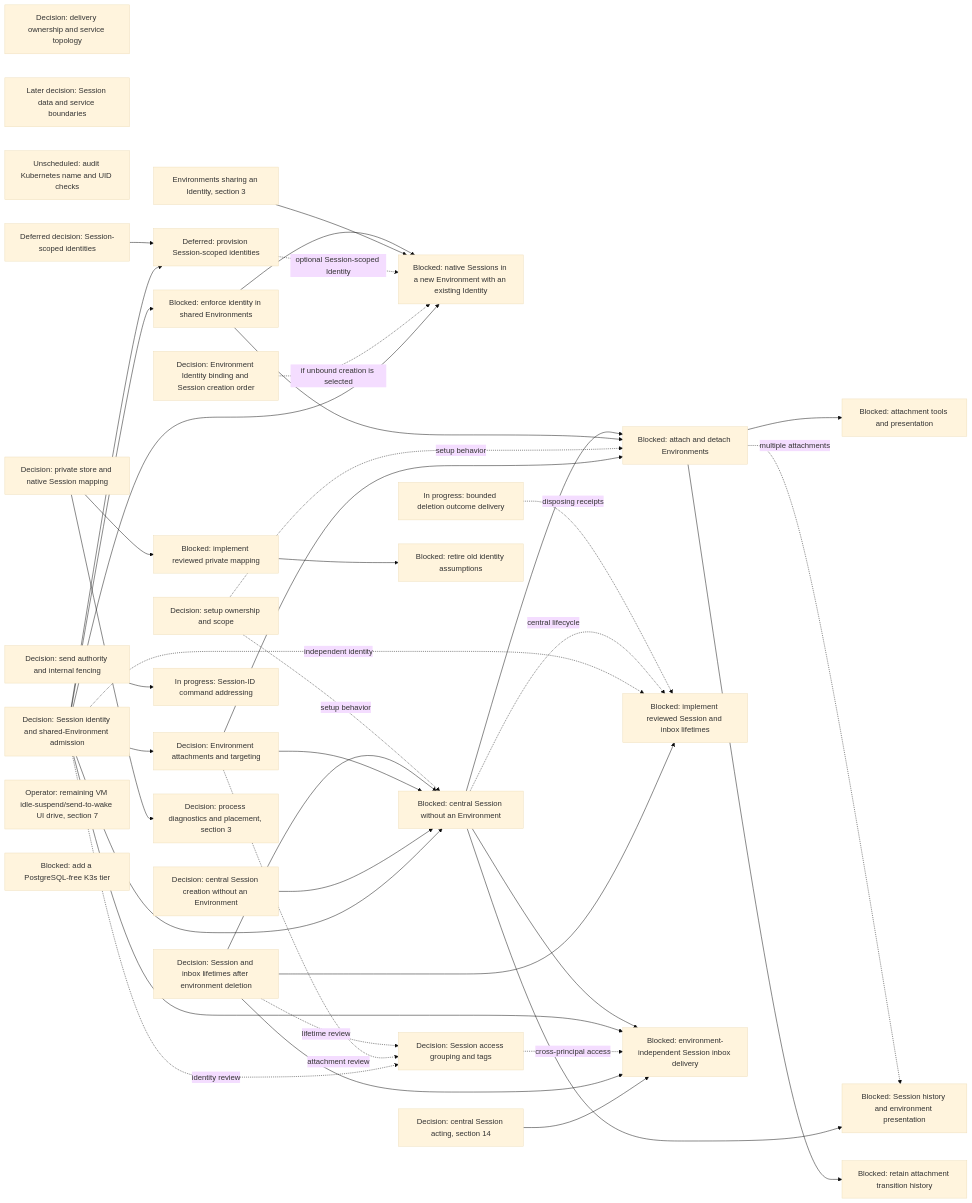
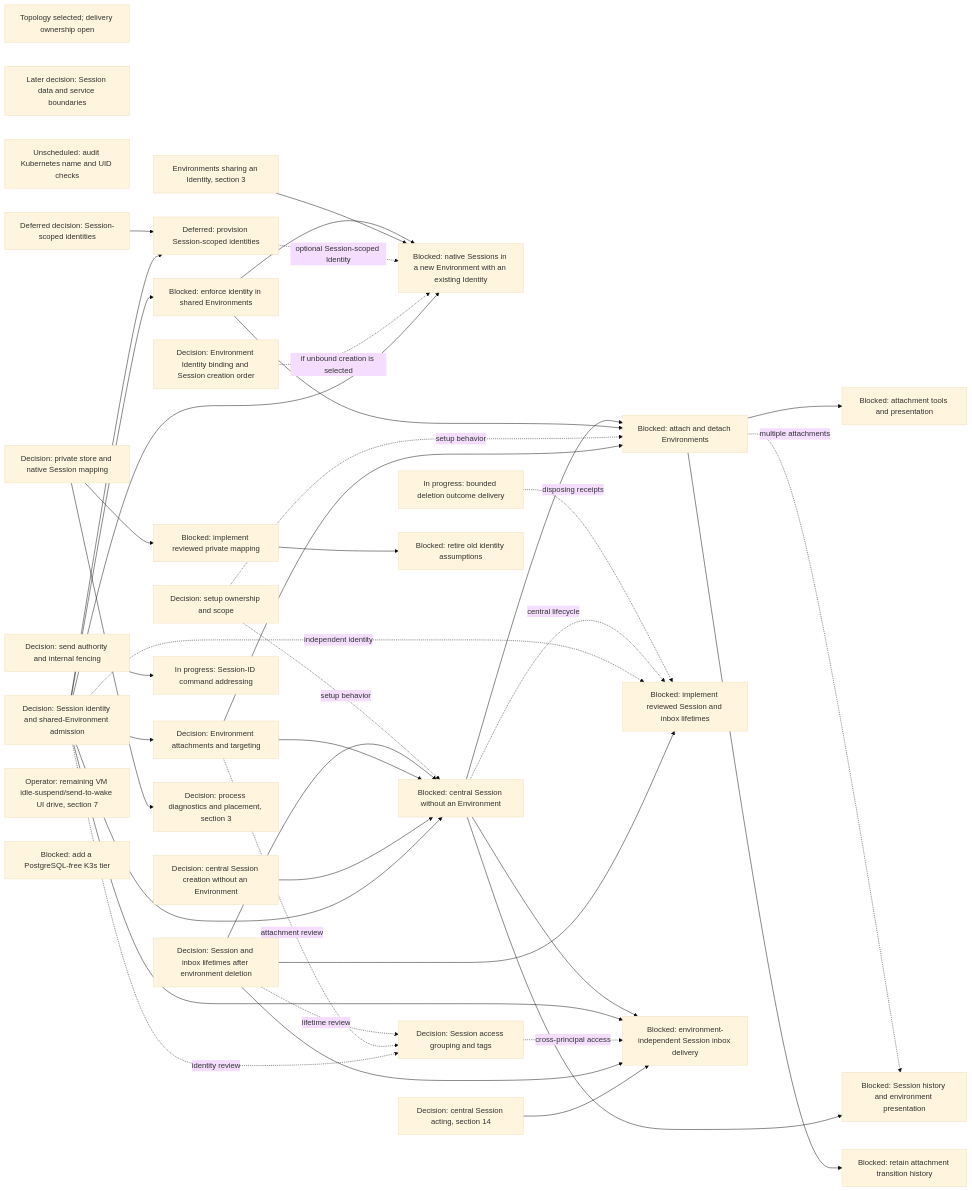
Diagram 16 of 21 in agentplane/plans/task_dag.md (agentydragon/ducktape), drawn with Mermaid (base theme) before and after one commit. The commit also changed other lines of this file and 1 other file, not shown here.

````diff
--- a/agentplane/plans/task_dag.md
+++ b/agentplane/plans/task_dag.md
@@ -2373,72 +2512,72 @@
 ```mermaid
 flowchart LR
-    DISPATCHER_PERSISTENCE_MODEL_DESIGN[Decision: delivery ownership and service topology]
+    DISPATCHER_PERSISTENCE_MODEL_DESIGN[Topology selected; delivery ownership open]
     SESSION_DATA_OWNERSHIP_DESIGN[Later decision: Session data and service boundaries]
     KUBERNETES_UID_CHECK_AUDIT[Unscheduled: audit Kubernetes name and UID checks]
     SESSION_IDENTITY_CONTRACT[Decision: Session identity and shared-Environment admission]
     ENVIRONMENT_IDENTITY_BINDING_DESIGN[Decision: Environment Identity binding and Session creation order]
     SESSION_IDENTITY_PROVISIONING_DESIGN[Deferred decision: Session-scoped identities]
     SESSION_MANAGED_IDENTITY[Deferred: provision Session-scoped identities]
     SESSION_NATIVE_IDENTITY_WORKFLOW[Blocked: native Sessions in a new Environment with an existing Identity]
     ENVIRONMENT_SHARED_IDENTITY[Environments sharing an Identity, section 3]
     SESSION_ACCESS_GROUPING_DESIGN[Decision: Session access grouping and tags]
     CENTRAL_SESSION_CREATION_CONTRACT[Decision: central Session creation without an Environment]
     SESSION_ATTACHMENT_CONTRACT[Decision: Environment attachments and targeting]
     SESSION_ENVIRONMENT_SETUP_DESIGN[Decision: setup ownership and scope]
     SESSION_IDENTITY_ENFORCEMENT[Blocked: enforce identity in shared Environments]
     CENTRAL_SESSION_WITHOUT_ENVIRONMENT[Blocked: central Session without an Environment]
     SESSION_ENV_ATTACHMENTS[Blocked: attach and detach Environments]
     SESSION_ATTACHMENT_SURFACES[Blocked: attachment tools and presentation]
     SESSION_ATTACHMENT_HISTORY[Blocked: retain attachment transition history]
     SESSION_LIFETIME_IMPLEMENTATION[Blocked: implement reviewed Session and inbox lifetimes]
     CENTRAL_SESSION_NOTIFICATIONS[Blocked: environment-independent Session inbox delivery]
     DELIVERY_DESTINATION_AUTHORITY_DESIGN[Decision: send authority and internal fencing]
     SESSION_DELETION_FENCE[In progress: bounded deletion outcome delivery]
     SESSION_AND_INBOX_LIFETIME[Decision: Session and inbox lifetimes after environment deletion]
     DELIVERY_DESTINATION_CONTRACT[In progress: Session-ID command addressing]
     SESSION_HISTORY_PRESENTATION[Blocked: Session history and environment presentation]
     SESSION_IDENTITY_CONTRACT --> CENTRAL_SESSION_WITHOUT_ENVIRONMENT
     CENTRAL_SESSION_ACTING_DESIGN[Decision: central Session acting, section 14] --> CENTRAL_SESSION_NOTIFICATIONS
     CENTRAL_SESSION_CREATION_CONTRACT --> CENTRAL_SESSION_WITHOUT_ENVIRONMENT
     SESSION_ATTACHMENT_CONTRACT --> CENTRAL_SESSION_WITHOUT_ENVIRONMENT
     SESSION_AND_INBOX_LIFETIME --> CENTRAL_SESSION_WITHOUT_ENVIRONMENT
     SESSION_IDENTITY_CONTRACT --> SESSION_IDENTITY_ENFORCEMENT
     SESSION_IDENTITY_CONTRACT --> SESSION_MANAGED_IDENTITY
     SESSION_IDENTITY_PROVISIONING_DESIGN --> SESSION_MANAGED_IDENTITY
     SESSION_IDENTITY_CONTRACT --> SESSION_NATIVE_IDENTITY_WORKFLOW
     ENVIRONMENT_IDENTITY_BINDING_DESIGN -. if unbound creation is selected .-> SESSION_NATIVE_IDENTITY_WORKFLOW
     SESSION_MANAGED_IDENTITY -. optional Session-scoped Identity .-> SESSION_NATIVE_IDENTITY_WORKFLOW
     ENVIRONMENT_SHARED_IDENTITY --> SESSION_NATIVE_IDENTITY_WORKFLOW
     SESSION_IDENTITY_ENFORCEMENT --> SESSION_NATIVE_IDENTITY_WORKFLOW
     SESSION_IDENTITY_CONTRACT --> SESSION_ATTACHMENT_CONTRACT
     SESSION_ATTACHMENT_CONTRACT --> SESSION_ENV_ATTACHMENTS
     SESSION_ENVIRONMENT_SETUP_DESIGN -. setup behavior .-> SESSION_ENV_ATTACHMENTS
     SESSION_ENVIRONMENT_SETUP_DESIGN -. setup behavior .-> CENTRAL_SESSION_WITHOUT_ENVIRONMENT
     SESSION_IDENTITY_ENFORCEMENT --> SESSION_ENV_ATTACHMENTS
     CENTRAL_SESSION_WITHOUT_ENVIRONMENT --> SESSION_ENV_ATTACHMENTS
     SESSION_ENV_ATTACHMENTS --> SESSION_ATTACHMENT_SURFACES
     SESSION_ENV_ATTACHMENTS --> SESSION_ATTACHMENT_HISTORY
     CENTRAL_SESSION_WITHOUT_ENVIRONMENT --> SESSION_HISTORY_PRESENTATION
     SESSION_ENV_ATTACHMENTS -. multiple attachments .-> SESSION_HISTORY_PRESENTATION
     SESSION_AND_INBOX_LIFETIME --> SESSION_LIFETIME_IMPLEMENTATION
     SESSION_IDENTITY_CONTRACT -. independent identity .-> SESSION_LIFETIME_IMPLEMENTATION
     CENTRAL_SESSION_WITHOUT_ENVIRONMENT -. central lifecycle .-> SESSION_LIFETIME_IMPLEMENTATION
     SESSION_DELETION_FENCE -. disposing receipts .-> SESSION_LIFETIME_IMPLEMENTATION
     SESSION_AND_INBOX_LIFETIME --> CENTRAL_SESSION_NOTIFICATIONS
     SESSION_IDENTITY_CONTRACT -. identity review .-> SESSION_ACCESS_GROUPING_DESIGN
     SESSION_ATTACHMENT_CONTRACT -. attachment review .-> SESSION_ACCESS_GROUPING_DESIGN
     SESSION_AND_INBOX_LIFETIME -. lifetime review .-> SESSION_ACCESS_GROUPING_DESIGN
     SESSION_ACCESS_GROUPING_DESIGN -. cross-principal access .-> CENTRAL_SESSION_NOTIFICATIONS
     SESSION_IDENTITY_CONTRACT --> CENTRAL_SESSION_NOTIFICATIONS
     CENTRAL_SESSION_WITHOUT_ENVIRONMENT --> CENTRAL_SESSION_NOTIFICATIONS
     HARNESS_IDENTITY_DESIGN[Decision: private store and native Session mapping]
     RUNNER_STORE_SESSION_IDENTITY[Blocked: implement reviewed private mapping]
     RUNNER_IDENTITY_LEGACY_CLEANUP[Blocked: retire old identity assumptions]
     IDLE_SUSPEND_UI_DRIVE[Operator: remaining VM idle-suspend/send-to-wake UI drive, section 7]
     RUNNER_HARNESS_OBJECTS_DESIGN[Decision: process diagnostics and placement, section 3]
     CNPG_FREE_K3S_INTEGRATION_TIER[Blocked: add a PostgreSQL-free K3s tier]
     DELIVERY_DESTINATION_AUTHORITY_DESIGN --> DELIVERY_DESTINATION_CONTRACT
     RUNNER_STORE_SESSION_IDENTITY --> RUNNER_IDENTITY_LEGACY_CLEANUP
     HARNESS_IDENTITY_DESIGN --> RUNNER_STORE_SESSION_IDENTITY
     HARNESS_IDENTITY_DESIGN --> RUNNER_HARNESS_OBJECTS_DESIGN
 ```
````
